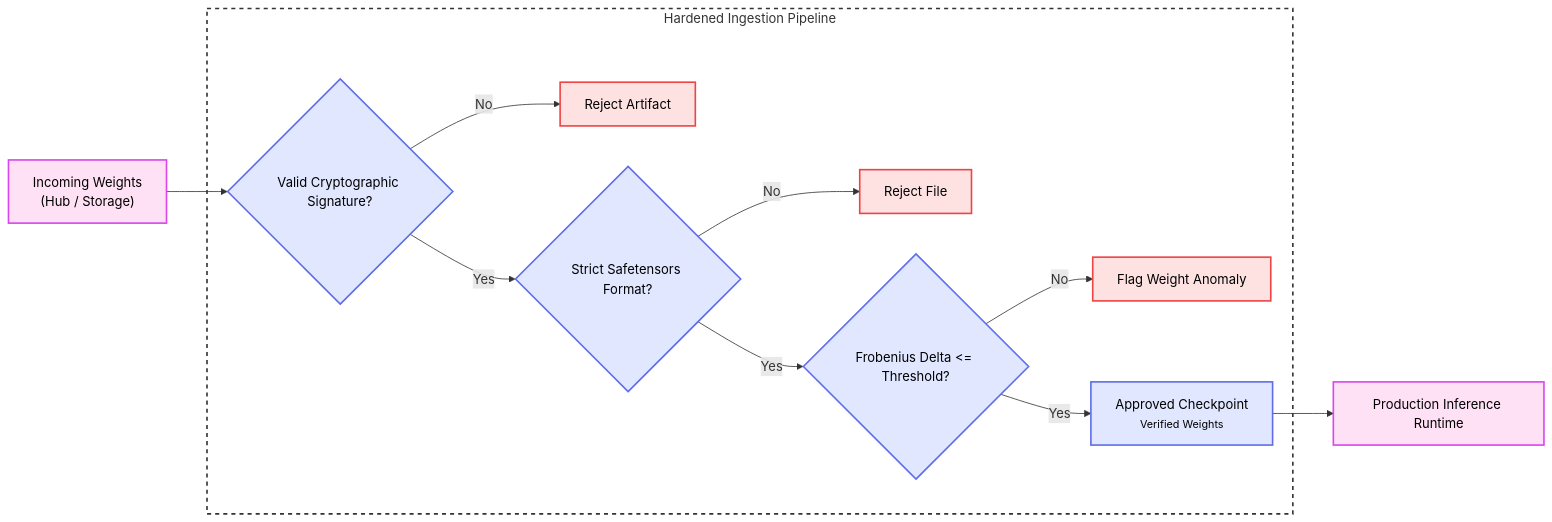
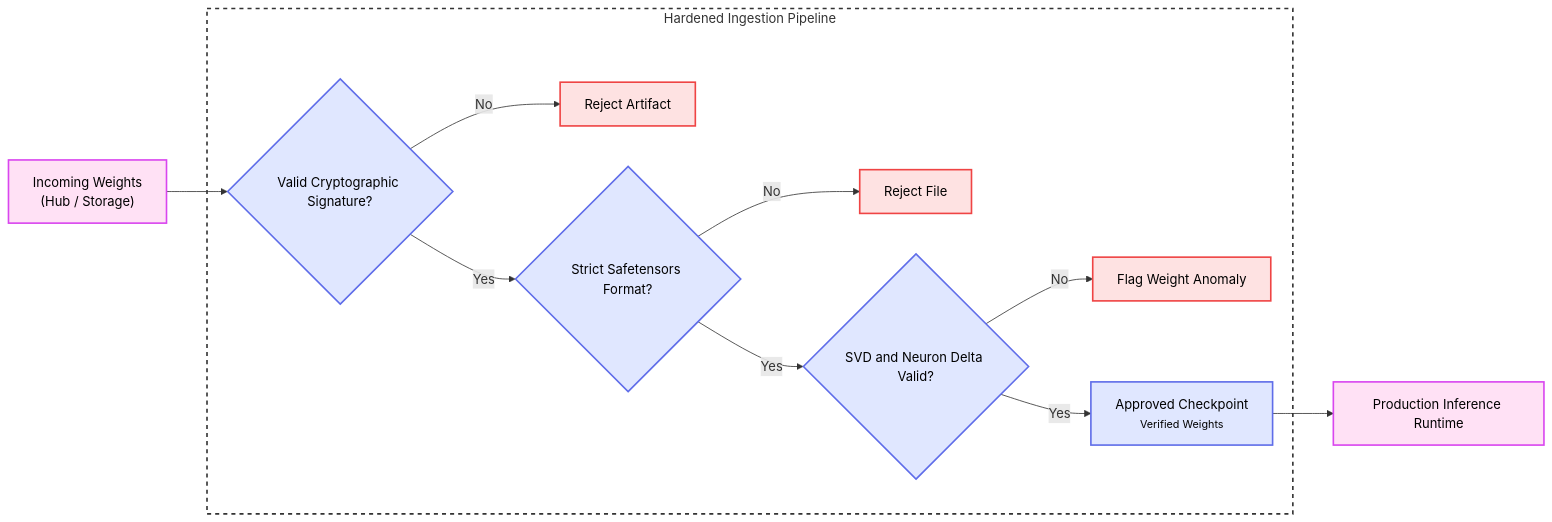
Before and after one commit to felipepenha/gurple: the second of 2 diagrams in docs/threats/model_tampering/weight_poisoning.md, drawn with Mermaid. The commit also changed other lines of this file and 6 other files, not shown here.

````diff
--- a/docs/threats/model_tampering/weight_poisoning.md
+++ b/docs/threats/model_tampering/weight_poisoning.md
@@ -269,39 +336,39 @@
 ```mermaid
 flowchart LR
     IncomingWeights["Incoming Weights<br />(Hub / Storage)"]
 
     subgraph dashed_box_defense ["Hardened Ingestion Pipeline"]
         SigVerification{"Valid Cryptographic Signature?"}
         BlockUntrusted["Reject Artifact"]
 
         FormatCheck{"Strict Safetensors Format?"}
         BlockFormat["Reject File"]
 
-        DeltaAudit{"Frobenius Delta <= Threshold?"}
+        MechanisticAudit{"SVD and Neuron Delta Valid?"}
         BlockAnomalous["Flag Weight Anomaly"]
 
         VettedWeights["<span style='color:#000'>Approved Checkpoint</span><br /><small style='color:#000'>Verified Weights</small>"]
     end
 
     ProductionVRAM["Production Inference Runtime"]
 
     IncomingWeights --> SigVerification
     SigVerification -- "No" --> BlockUntrusted
     SigVerification -- "Yes" --> FormatCheck
     FormatCheck -- "No" --> BlockFormat
-    FormatCheck -- "Yes" --> DeltaAudit
-    DeltaAudit -- "No" --> BlockAnomalous
-    DeltaAudit -- "Yes" --> VettedWeights
+    FormatCheck -- "Yes" --> MechanisticAudit
+    MechanisticAudit -- "No" --> BlockAnomalous
+    MechanisticAudit -- "Yes" --> VettedWeights
     VettedWeights --> ProductionVRAM
 
     classDef red fill:#fee2e2,stroke:#ef4444,stroke-width:2px,color:#000;
     classDef yellow fill:#fef3c7,stroke:#f59e0b,stroke-width:2px,color:#000;
     classDef blue fill:#e0e7ff,stroke:#5f6de9,stroke-width:2px,color:#000;
     classDef purple fill:#ffe1f5,stroke:#d946ef,stroke-width:2px,color:#000;
 
     class IncomingWeights,ProductionVRAM purple;
-    class SigVerification,FormatCheck,DeltaAudit,VettedWeights blue;
+    class SigVerification,FormatCheck,MechanisticAudit,VettedWeights blue;
     class BlockUntrusted,BlockFormat,BlockAnomalous red;
 
     style dashed_box_defense stroke-dasharray: 5 5, fill:none,stroke:#333,stroke-width:2px;
 ```
````
